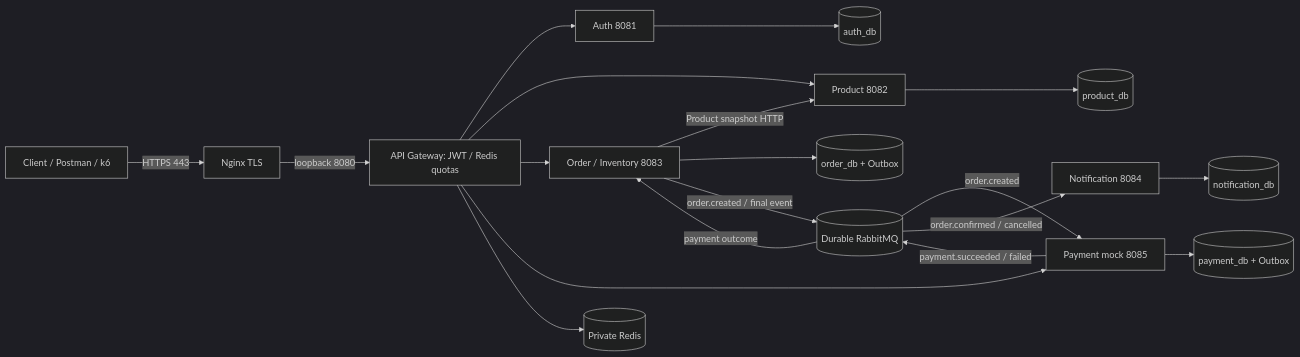
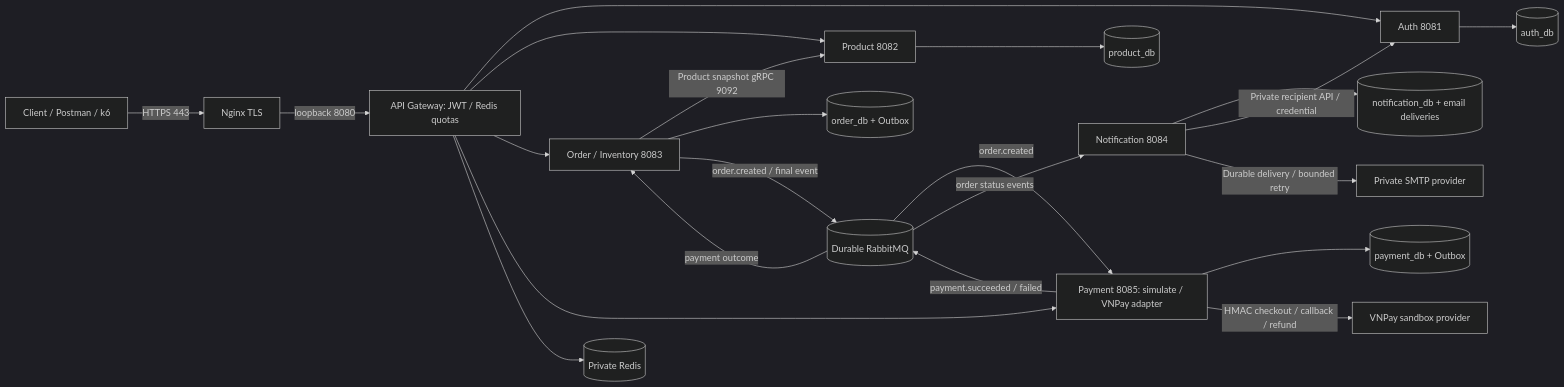
One commit to dth251/md05-rikkei-project changed the first of 3 diagrams in docs/architecture.md. Above: the diagram before and after it, drawn with Mermaid (dark theme). The commit also changed other lines of this file and 11 other files, not shown here.

````diff
--- a/docs/architecture.md
+++ b/docs/architecture.md
@@ -3,21 +3,24 @@
 ```mermaid
 flowchart LR
     Client[Client / Postman / k6] -->|HTTPS 443| Nginx[Nginx TLS]
     Nginx -->|loopback 8080| Gateway[API Gateway: JWT / Redis quotas]
     Gateway --> Auth[Auth 8081]
     Gateway --> Product[Product 8082]
     Gateway --> Order[Order / Inventory 8083]
-    Gateway --> Payment[Payment mock 8085]
+    Gateway --> Payment[Payment 8085: simulate / VNPay adapter]
     Gateway --> Redis[(Private Redis)]
-    Order -->|Product snapshot HTTP| Product
+    Order -->|Product snapshot gRPC 9092| Product
     Auth --> AuthDB[(auth_db)]
     Product --> ProductDB[(product_db)]
     Order --> OrderDB[(order_db + Outbox)]
     Payment --> PaymentDB[(payment_db + Outbox)]
-    Notification[Notification 8084] --> NotificationDB[(notification_db)]
+    Notification[Notification 8084] --> NotificationDB[(notification_db + email deliveries)]
+    Notification -->|Private recipient API / credential| Auth
+    Notification -->|Durable delivery / bounded retry| SMTP[Private SMTP provider]
+    Payment -->|HMAC checkout / callback / refund| VNPay[VNPay sandbox provider]
     Order -->|order.created / final event| Rabbit[(Durable RabbitMQ)]
     Rabbit -->|order.created| Payment
     Payment -->|payment.succeeded / failed| Rabbit
     Rabbit -->|payment outcome| Order
-    Rabbit -->|order.confirmed / cancelled| Notification
+    Rabbit -->|order status events| Notification
 ```
````
